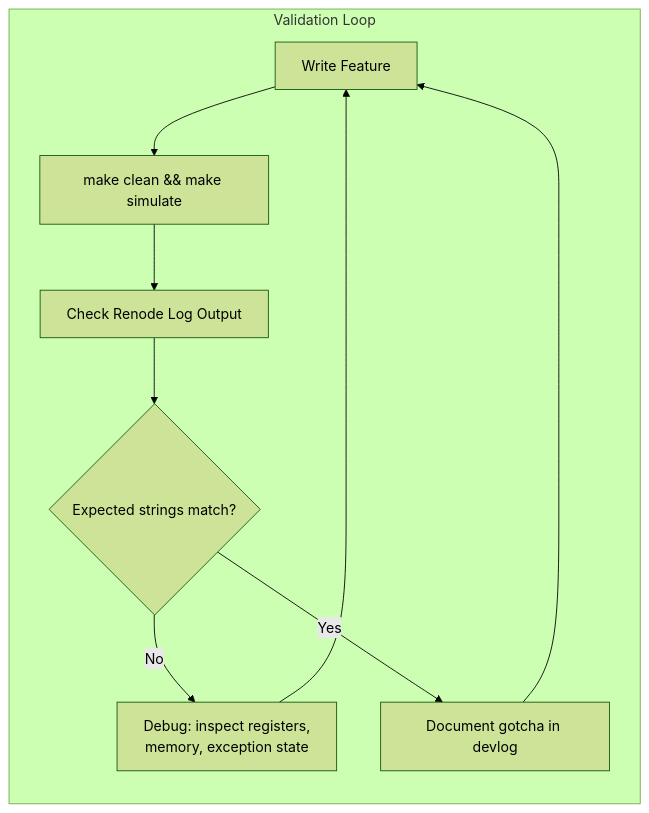
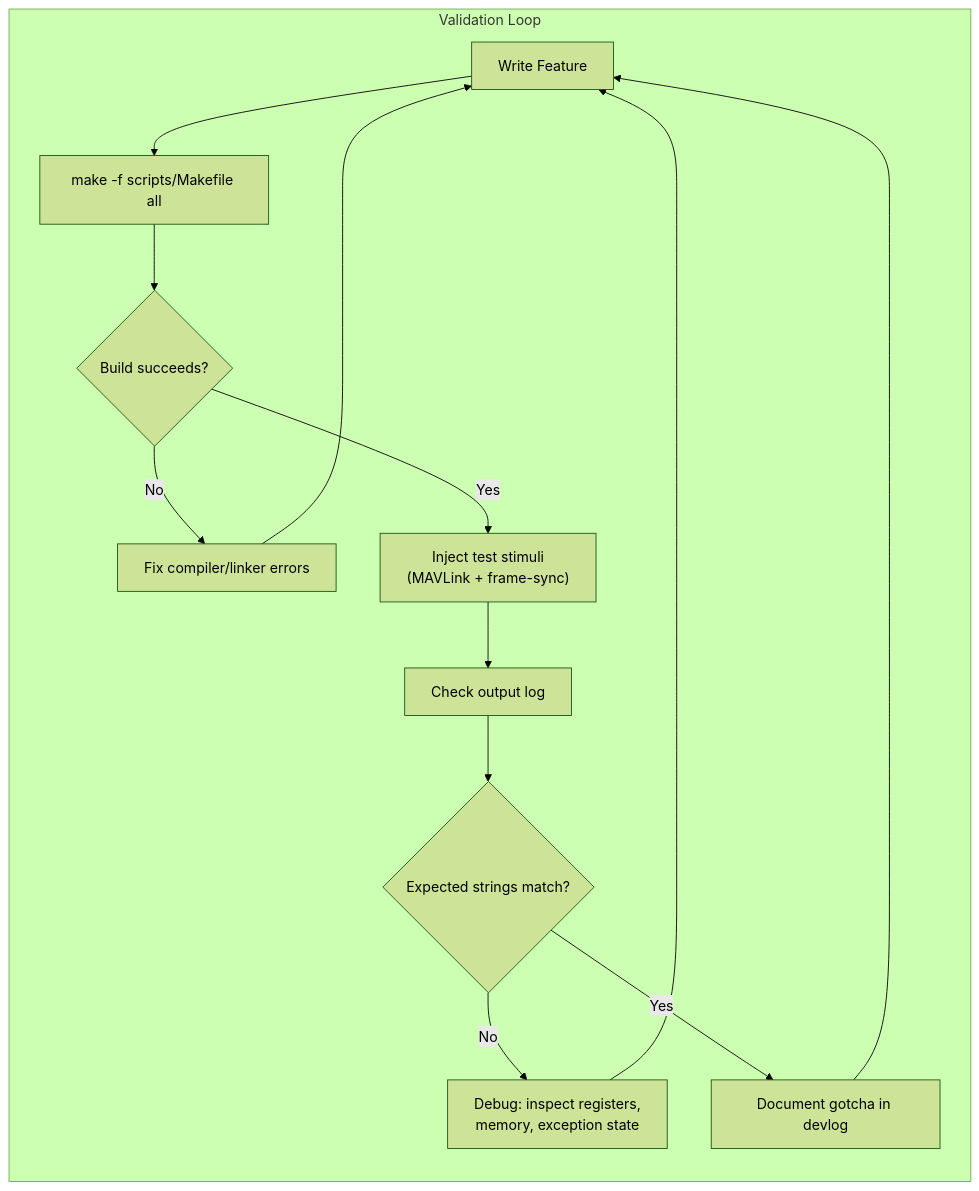
The first of 3 diagrams in docs/verification.md (Ganeshkumara26/radar-inertial-georeferencer), drawn with Mermaid (forest theme) before and after one commit. The commit also changed other lines of this file and 215 other files, not shown here.

````diff
--- a/docs/verification.md
+++ b/docs/verification.md
@@ -13,12 +13,16 @@
 ```mermaid
 flowchart LR
     subgraph Loop["Validation Loop"]
-        A["Write Feature"] --> B["make clean && make simulate"]
-        B --> C["Check Renode Log Output"]
-        C --> D{Expected strings match?}
-        D -->|No| E["Debug: inspect registers,<br/>memory, exception state"]
-        E --> A
-        D -->|Yes| F["Document gotcha in devlog"]
-        F --> A
+        A["Write Feature"] --> B["make -f scripts/Makefile all"]
+        B --> C{"Build succeeds?"}
+        C -->|No| D["Fix compiler/linker errors"]
+        D --> A
+        C -->|Yes| E["Inject test stimuli<br/>(MAVLink + frame-sync)"]
+        E --> F["Check output log"]
+        F --> G{"Expected strings match?"}
+        G -->|No| H["Debug: inspect registers,<br/>memory, exception state"]
+        H --> A
+        G -->|Yes| I["Document gotcha in devlog"]
+        I --> A
     end
 ```
````
